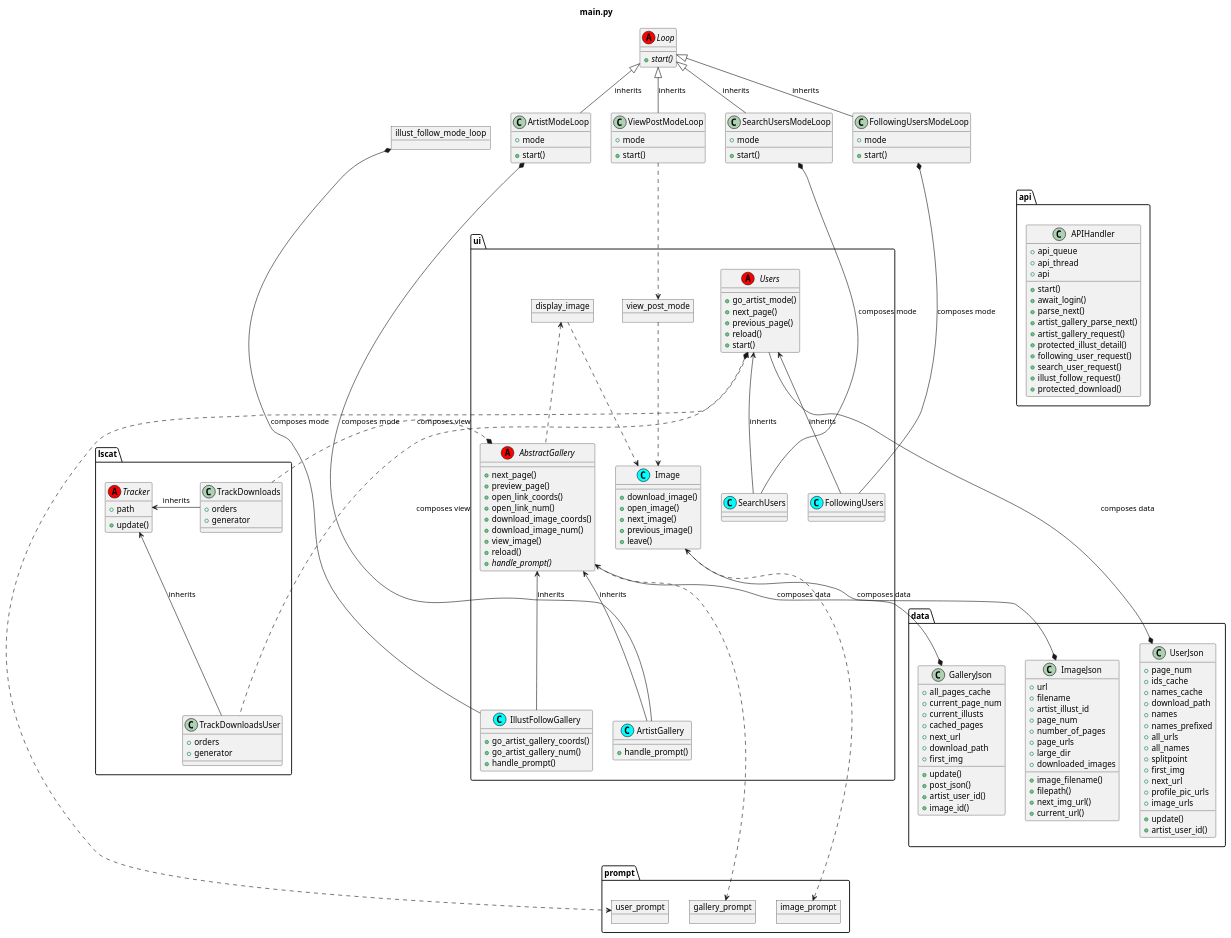
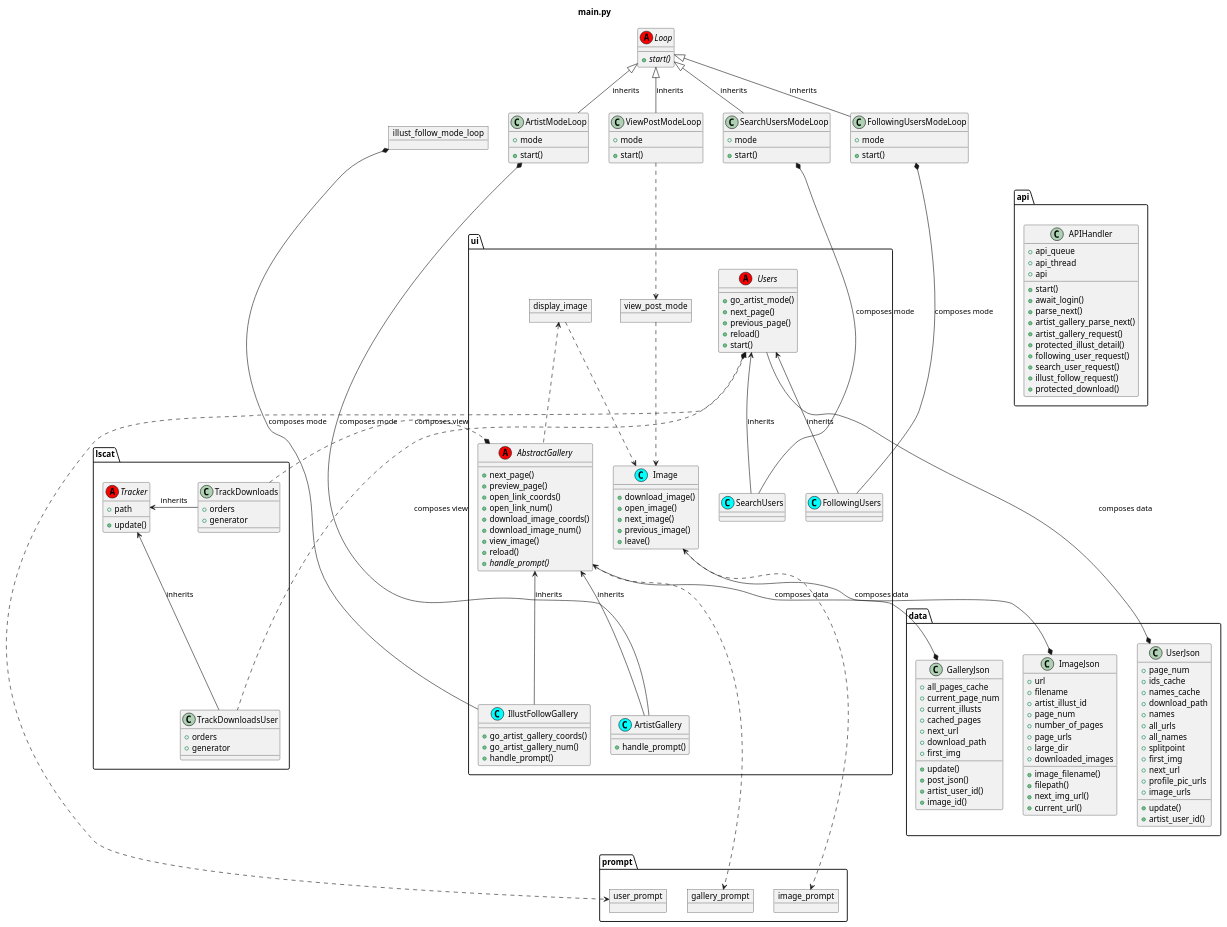
Before and after one commit to akazukin5151/koneko: the diagram in puml/classes.puml, drawn with PlantUML. The commit also changed 1 other file, not shown here.

Commit message:
Remove names_prefixed attribute

```diff
--- a/puml/classes.puml
+++ b/puml/classes.puml
@@ -166,7 +166,6 @@
     + names_cache
     + download_path
     + names
-    + names_prefixed
     + all_urls
     + all_names
     + splitpoint
```
